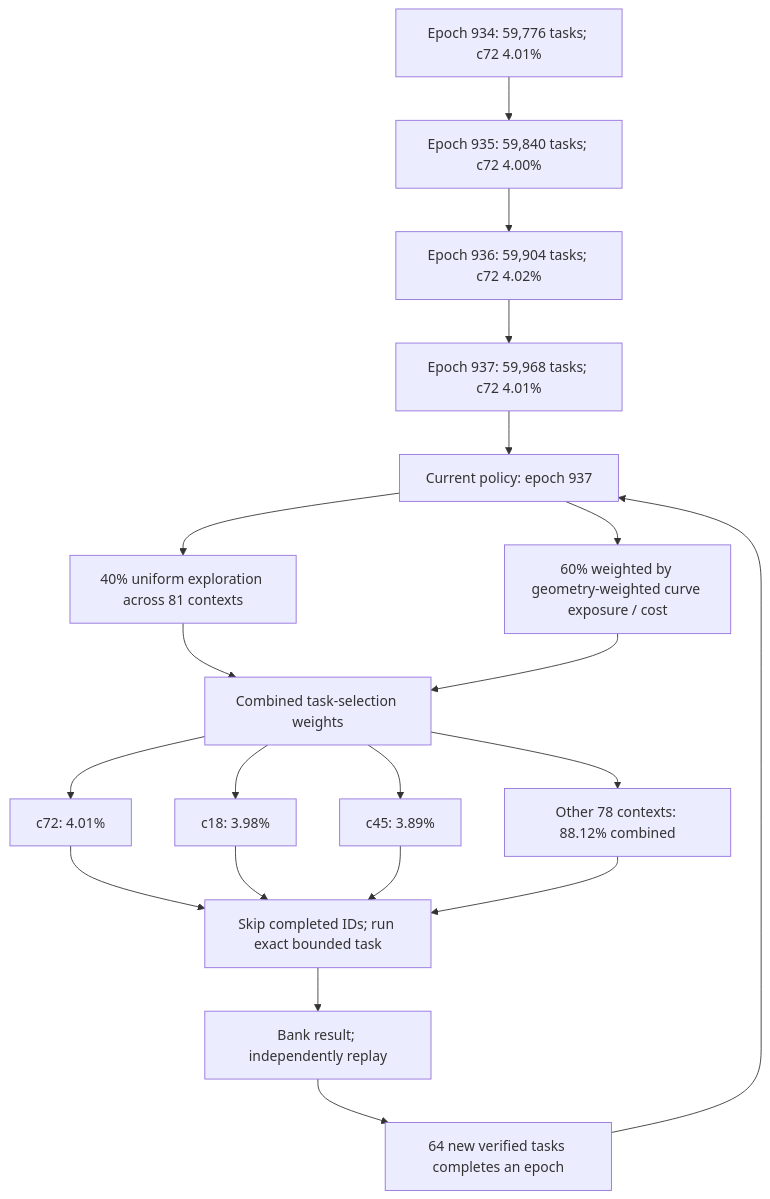
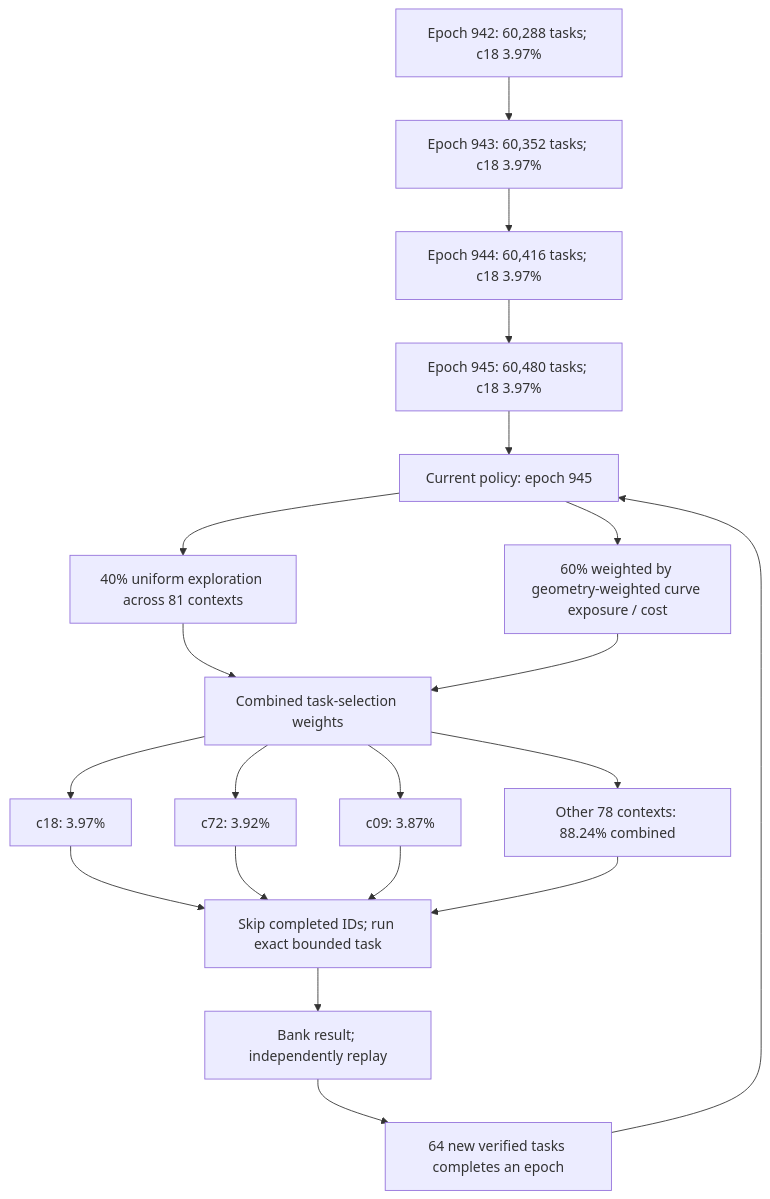
One commit to Kuberwastaken/math-gambling changed the first of 3 diagrams in README.md. Above: the diagram before and after it, drawn with Mermaid. The commit also changed other lines of this file and 1140 other files, not shown here.

````diff
--- a/README.md
+++ b/README.md
@@ -55,27 +55,27 @@
 ```mermaid
 flowchart TD
-    H0["Epoch 934: 59,776 tasks; c72 4.01%"]
-    H1["Epoch 935: 59,840 tasks; c72 4.00%"]
+    H0["Epoch 942: 60,288 tasks; c18 3.97%"]
+    H1["Epoch 943: 60,352 tasks; c18 3.97%"]
     H0 --> H1
-    H2["Epoch 936: 59,904 tasks; c72 4.02%"]
+    H2["Epoch 944: 60,416 tasks; c18 3.97%"]
     H1 --> H2
-    H3["Epoch 937: 59,968 tasks; c72 4.01%"]
+    H3["Epoch 945: 60,480 tasks; c18 3.97%"]
     H2 --> H3
-    Policy["Current policy: epoch 937"]
+    Policy["Current policy: epoch 945"]
     H3 --> Policy
     Policy --> Explore["40% uniform exploration across 81 contexts"]
     Policy --> Cost["60% weighted by geometry-weighted curve exposure / cost"]
     Explore --> Mix["Combined task-selection weights"]
     Cost --> Mix
-    Mix --> C0["c72: 4.01%"]
-    Mix --> C1["c18: 3.98%"]
-    Mix --> C2["c45: 3.89%"]
-    Mix --> Rest["Other 78 contexts: 88.12% combined"]
+    Mix --> C0["c18: 3.97%"]
+    Mix --> C1["c72: 3.92%"]
+    Mix --> C2["c09: 3.87%"]
+    Mix --> Rest["Other 78 contexts: 88.24% combined"]
     C0 --> Check["Skip completed IDs; run exact bounded task"]
     C1 --> Check
     C2 --> Check
     Rest --> Check
     Check --> Replay["Bank result; independently replay"]
     Replay --> Gate["64 new verified tasks completes an epoch"]
     Gate --> Policy
 ```
````
